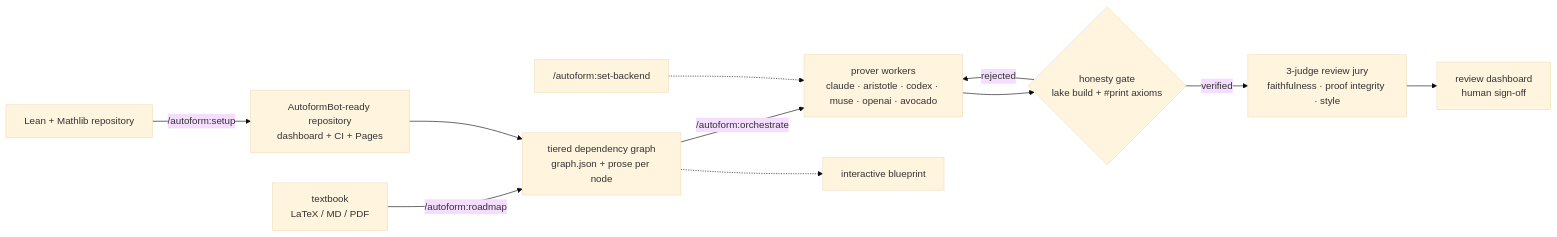
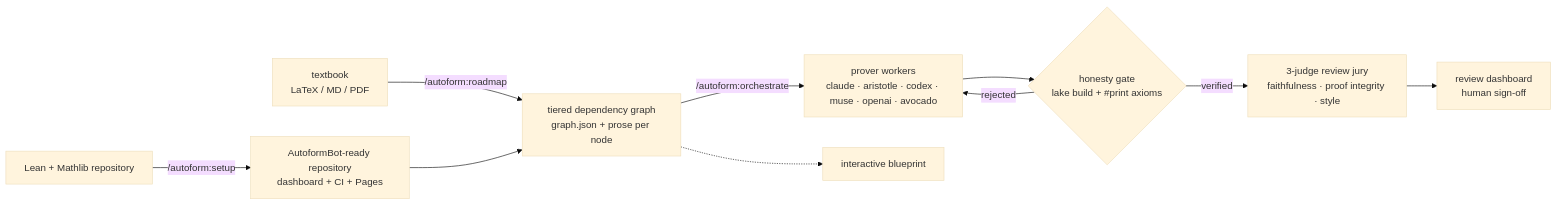
The first of 2 diagrams in README.md (VivienCabannes/autoform-bot), drawn with Mermaid (base theme) before and after one commit. The commit also changed other lines of this file and 21 other files, not shown here.

````diff
--- a/README.md
+++ b/README.md
@@ -33,13 +33,12 @@
 ```mermaid
 flowchart LR
     A[Lean + Mathlib repository] -->|/autoform:setup| R[AutoformBot-ready repository<br/>dashboard + CI + Pages]
     S[textbook<br/>LaTeX / MD / PDF] -->|/autoform:roadmap| B[tiered dependency graph<br/>graph.json + prose per node]
     R --> B
     B -->|/autoform:orchestrate| C[prover workers<br/>claude · aristotle · codex · muse · openai · avocado]
     C --> D{honesty gate<br/>lake build + #print axioms}
     D -->|rejected| C
     D -->|verified| E[3-judge review jury<br/>faithfulness · proof integrity · style]
     E --> F[review dashboard<br/>human sign-off]
     B -.-> G[interactive blueprint]
-    H["/autoform:set-backend"] -.-> C
 ```
````
